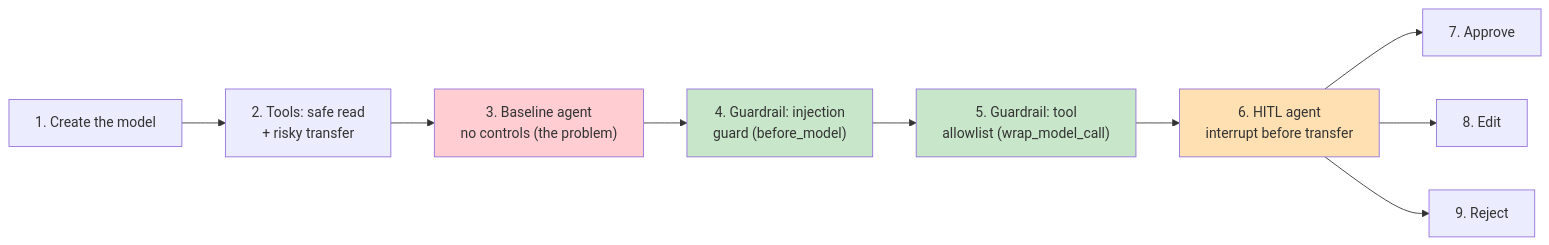
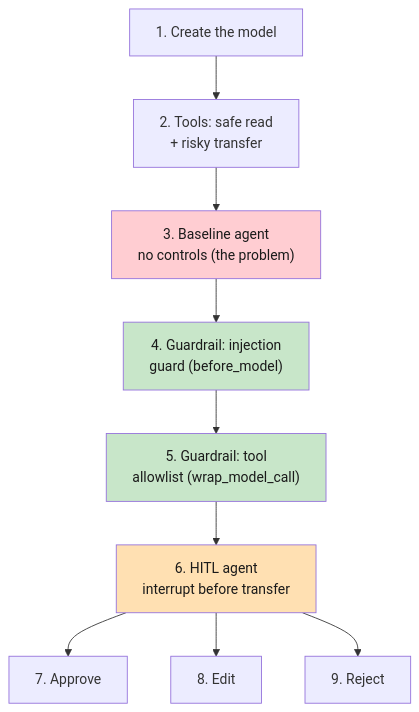
Before and after one commit to CogKnowEdge-Solutions/Orchestration: the first of 3 diagrams in Langchain-Labs/Lab6(Intermediate)/lab-human-in-the-loop-guardrails.md, drawn with Mermaid. The commit also changed other lines of this file and 8 other files, not shown here.

Commit message:
Labs: make mermaid text visible and mix diagram orientations

````diff
--- a/Langchain-Labs/Lab6(Intermediate)/lab-human-in-the-loop-guardrails.md
+++ b/Langchain-Labs/Lab6(Intermediate)/lab-human-in-the-loop-guardrails.md
@@ -47,19 +47,19 @@
 ```mermaid
-graph LR
+graph TD
     M["1. Create the model"]
     T["2. Tools: safe read<br/>+ risky transfer"]
     B["3. Baseline agent<br/>no controls (the problem)"]
     G1["4. Guardrail: injection<br/>guard (before_model)"]
     G2["5. Guardrail: tool<br/>allowlist (wrap_model_call)"]
     H["6. HITL agent<br/>interrupt before transfer"]
     D1["7. Approve"]
     D2["8. Edit"]
     D3["9. Reject"]
     M --> T --> B --> G1 --> G2 --> H --> D1
     H --> D2
     H --> D3
-    style B fill:#ffcdd2
-    style G1 fill:#c8e6c9
-    style G2 fill:#c8e6c9
-    style H fill:#ffe0b2
+    style B fill:#ffcdd2,color:#1a1a1a
+    style G1 fill:#c8e6c9,color:#1a1a1a
+    style G2 fill:#c8e6c9,color:#1a1a1a
+    style H fill:#ffe0b2,color:#1a1a1a
 ```
````
